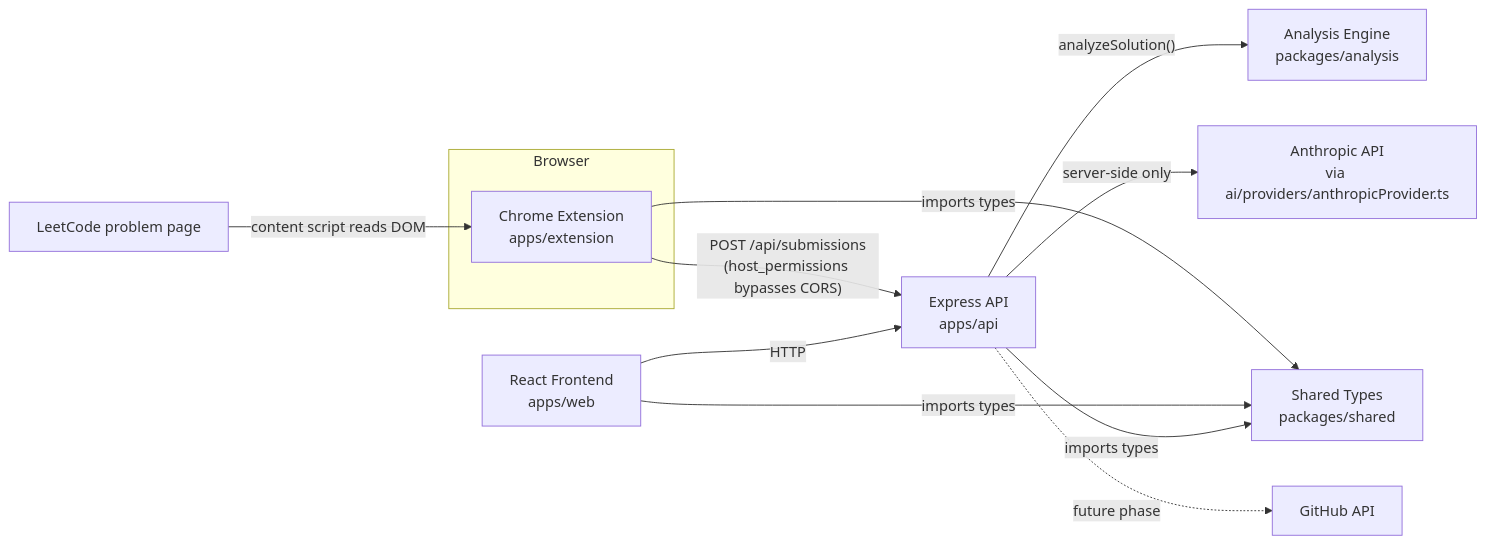
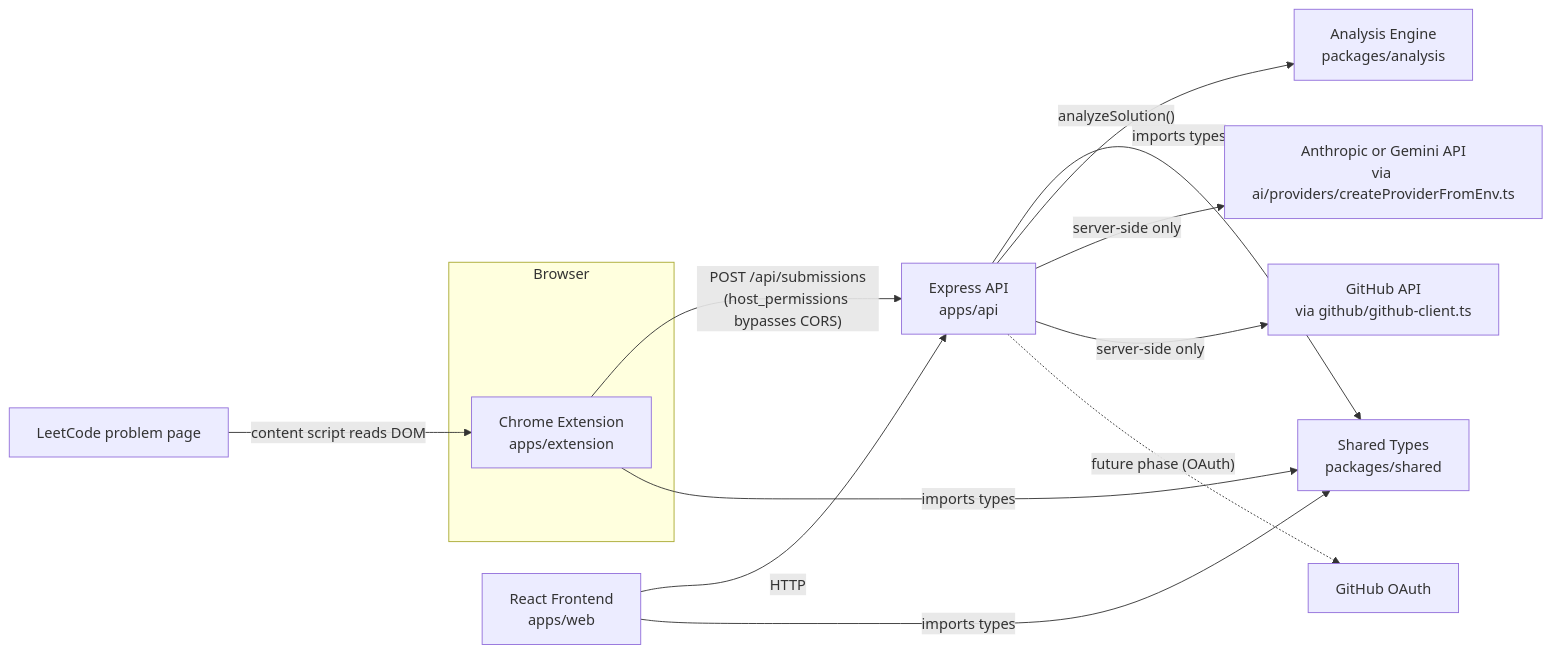
One commit to Harshvish07/LeetCode-GitHub-AI-Documentation-Automation changed the diagram in README.md. Above: the diagram before and after it, drawn with Mermaid. The commit also changed other lines of this file and 72 other files, not shown here.

Commit message:
phase 6 & 7 Automatic Learning Document Generator, GitHub Automation

````diff
--- a/README.md
+++ b/README.md
@@ -113,16 +146,17 @@
 ```mermaid
 flowchart LR
     LC[LeetCode problem page] -- content script reads DOM --> EXT
     subgraph Browser
         EXT[Chrome Extension<br/>apps/extension]
     end
     WEB[React Frontend<br/>apps/web] -- HTTP --> API[Express API<br/>apps/api]
     EXT -- "POST /api/submissions<br/>(host_permissions bypasses CORS)" --> API
     API -- imports types --> SHARED[Shared Types<br/>packages/shared]
     WEB -- imports types --> SHARED
     EXT -- imports types --> SHARED
     ANALYSIS[Analysis Engine<br/>packages/analysis]
     API -- "analyzeSolution()" --> ANALYSIS
-    API -- "server-side only" --> AI[Anthropic API<br/>via ai/providers/anthropicProvider.ts]
-    API -. future phase .-> GH[GitHub API]
+    API -- "server-side only" --> AI[Anthropic or Gemini API<br/>via ai/providers/createProviderFromEnv.ts]
+    API -- "server-side only" --> GH[GitHub API<br/>via github/github-client.ts]
+    API -. future phase (OAuth) .-> OAUTH[GitHub OAuth]
 ```
````
